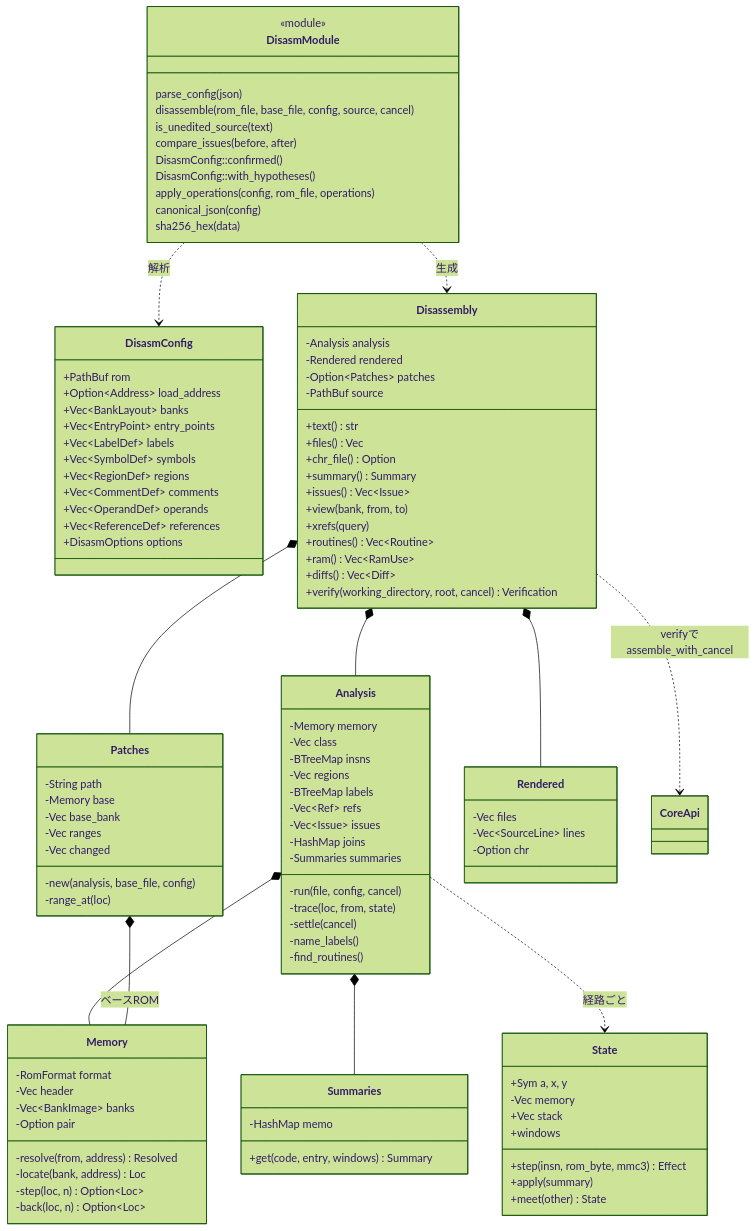
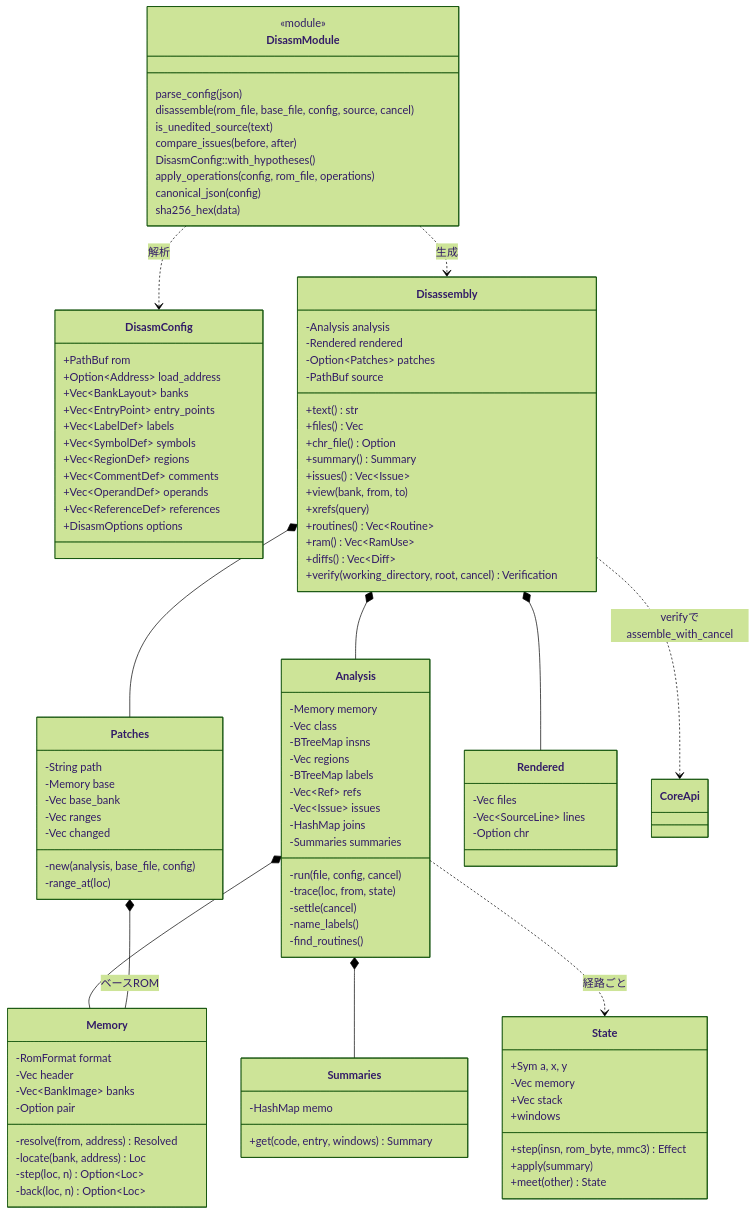
Before and after one commit to rock5easily/NesAsmRs: the seventh of 7 diagrams in docs/rust-uml.md, drawn with Mermaid (forest theme). The commit also changed 9 other files, not shown here.

```diff
--- a/docs/rust-uml.md
+++ b/docs/rust-uml.md
@@ -732,7 +732,6 @@
         disassemble(rom_file, base_file, config, source, cancel)
         is_unedited_source(text)
         compare_issues(before, after)
-        DisasmConfig::confirmed()
         DisasmConfig::with_hypotheses()
         apply_operations(config, rom_file, operations)
         canonical_json(config)
```
